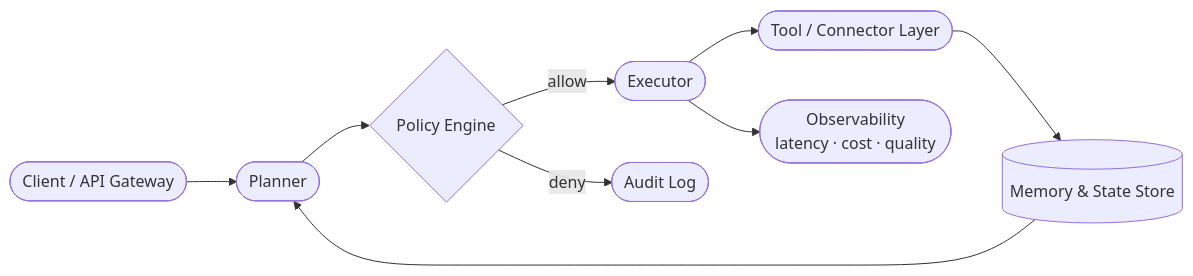
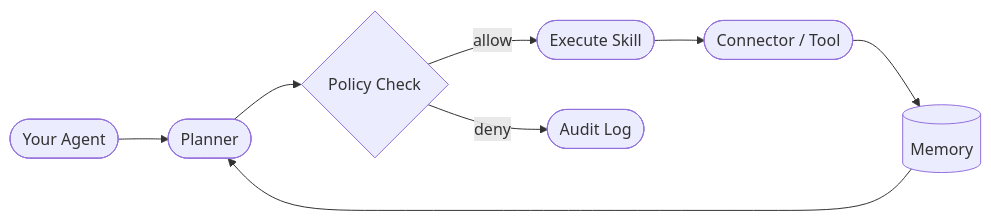
Before and after one commit to MinhAn15/Agent-Orchestrator-driven: the diagram in README.md, drawn with Mermaid. The commit also changed other lines of this file, not shown here.

````diff
--- a/README.md
+++ b/README.md
@@ -35,12 +21,10 @@
 ```mermaid
 flowchart LR
-    A(["Client / API Gateway"]) --> B(["Planner"])
-    B --> C{"Policy Engine"}
-    C -->|"allow"| D(["Executor"])
+    A(["Your Agent"]) --> B(["Planner"])
+    B --> C{"Policy Check"}
+    C -->|"allow"| D(["Execute Skill"])
     C -->|"deny"| E(["Audit Log"])
-    D --> F(["Tool / Connector Layer"])
-    F --> G[("Memory & State Store")]
-    D --> H(["Observability
-latency · cost · quality"])
+    D --> F(["Connector / Tool"])
+    F --> G[("Memory")]
     G --> B
 ```
````
